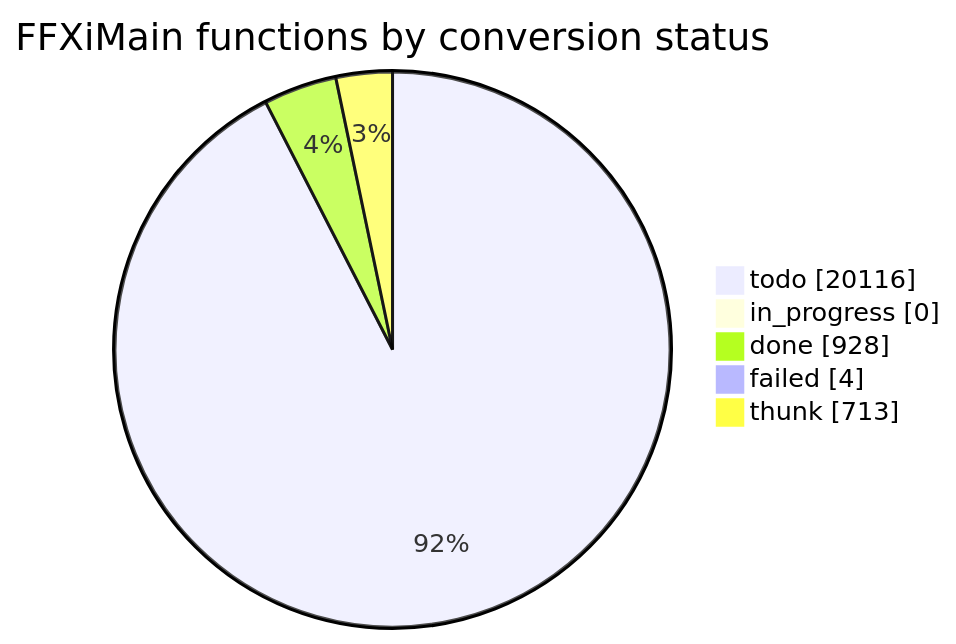
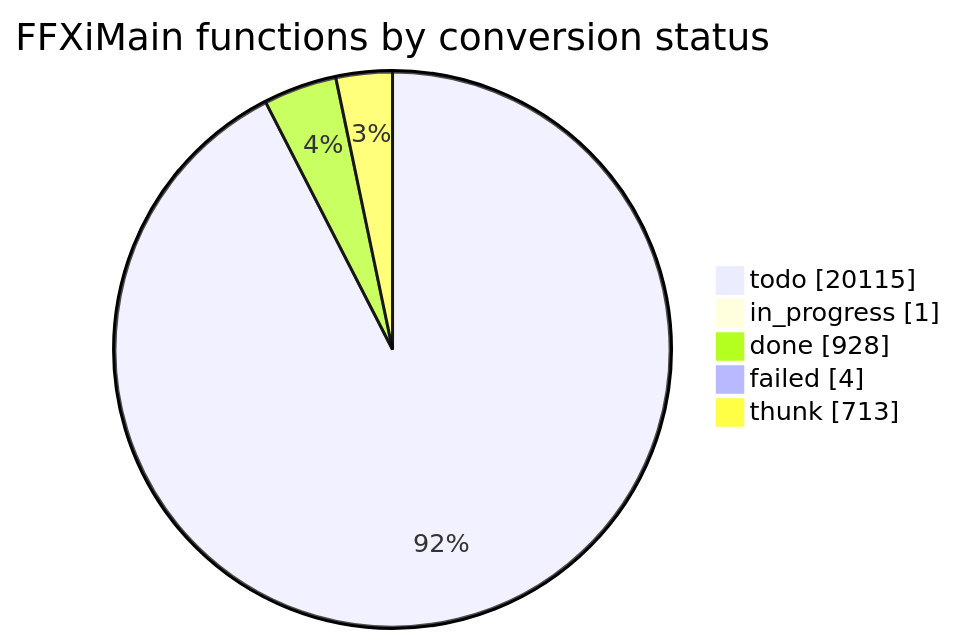
One commit to cowrevenge/cow_kuluu_xi_anything changed the diagram in docs/cow/STATUS.md. Above: the diagram before and after it, drawn with Mermaid. The commit also changed other lines of this file and 7 other files, not shown here.

````diff
--- a/docs/cow/STATUS.md
+++ b/docs/cow/STATUS.md
@@ -18,9 +18,9 @@
 ```mermaid
 pie showData
     title FFXiMain functions by conversion status
-    "todo" : 20116
-    "in_progress" : 0
+    "todo" : 20115
+    "in_progress" : 1
     "done" : 928
     "failed" : 4
     "thunk" : 713
 ```
````
